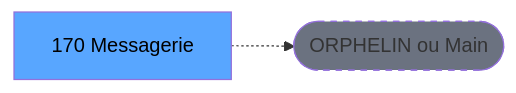
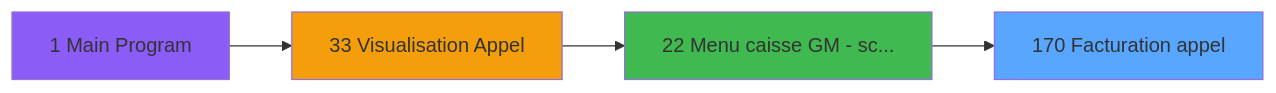
Before and after one commit to thonyAGP/magic-migration: the second of 3 diagrams in .openspec/specs/ADH-IDE-170.md, drawn with Mermaid. The commit also changed other lines of this file and 311 other files, not shown here.

````diff
--- a/.openspec/specs/ADH-IDE-170.md
+++ b/.openspec/specs/ADH-IDE-170.md
@@ -128,8 +366,14 @@
 ```mermaid
 graph LR
-    T[170 Messagerie]
-    ORPHAN([ORPHELIN ou Main])
-    T -.-> ORPHAN
-    style T fill:#58a6ff,color:#000
-    style ORPHAN fill:#6b7280,stroke-dasharray: 5 5
+    T170[170 Facturation appel]
+    style T170 fill:#58a6ff
+    CC1[1 Main Program]
+    style CC1 fill:#8b5cf6
+    CC33[33 Visualisation Appel]
+    style CC33 fill:#f59e0b
+    CC22[22 Menu caisse GM - sc...]
+    style CC22 fill:#3fb950
+    CC33 --> CC22
+    CC1 --> CC33
+    CC22 --> T170
 ```
````
